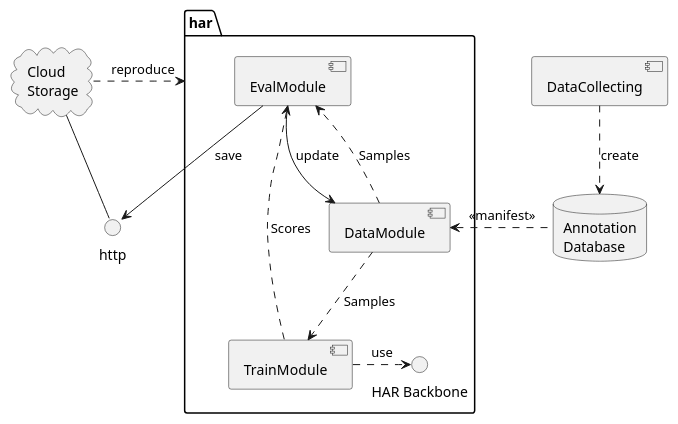
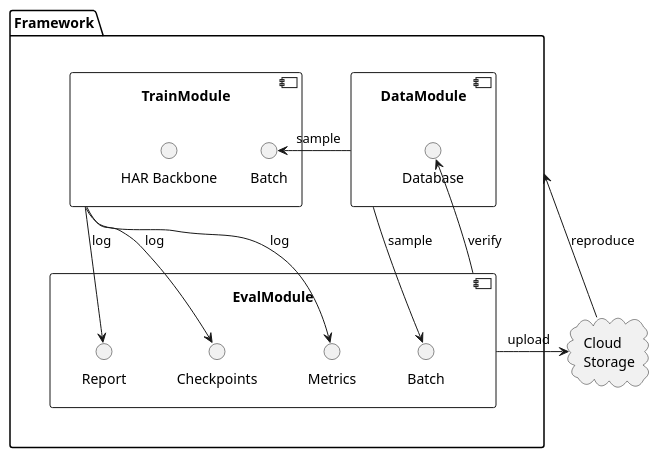
One commit to simnado/Master-Thesis changed the diagram in fig/modules-top.puml. Above: the diagram before and after it, drawn with PlantUML. The commit also changed 13 other files, not shown here.

```diff
--- a/fig/modules-top.puml
+++ b/fig/modules-top.puml
@@ -1,38 +1,47 @@
 @startuml
 
 
-() "http" as COMETAPI
 cloud "Cloud\nStorage" as COMET {
+
 }
-COMET  -down- COMETAPI
-
-COMET .right.> har : reproduce
-
-
-package "har" {
-
-() "HAR Backbone" as Net
 
 
 
-component [DataModule]
-component [TrainModule]
-component [EvalModule]
 
-DataModule ..> TrainModule : Samples
-DataModule ..> EvalModule : Samples
-TrainModule .left.> EvalModule : Scores
-TrainModule .right.> Net : use
-EvalModule --> DataModule : update
-EvalModule -down-> COMETAPI : save
+package "Framework" {
+
+    component [DataModule] {
+        () "Database" as Database
+    }
+
+
+    component [TrainModule] {
+        () "HAR Backbone" as Net
+        () "Batch" as TrainBatch
+    }
+
+
+    component [EvalModule] {
+        () "Batch" as EvalBatch
+        () "Report" as Report
+        () "Checkpoints" as Checkpoints
+        () "Metrics"
+    }
+
+    DataModule -> TrainBatch : sample
+    DataModule --> EvalBatch : sample
+
+    TrainModule --> Report : log
+    TrainModule --> Checkpoints : log
+    TrainModule --> Metrics : log
+
+    EvalModule --> Database : verify
+    EvalModule -right-> COMET : upload
 
 }
 
-component [DataCollecting]
-  database "Annotation\nDatabase" as DB {
-  }
+COMET -> Framework : reproduce
 
-  DB .left.> DataModule : "<<manifest>>"
-  DataCollecting ..> DB : create
+
 
 @enduml
```
